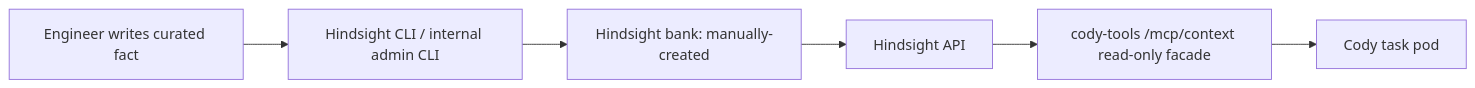
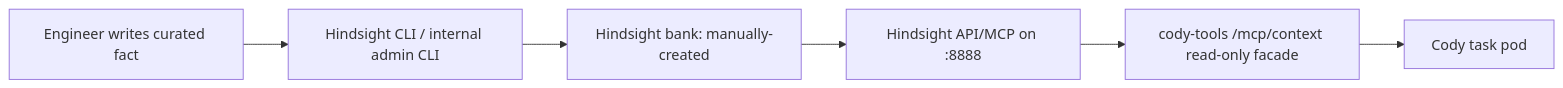
One commit to donchev7/kelos changed the first of 2 diagrams in specs/2026-05-21-13-38-cody-phase1-readonly-context-store-implementation.md. Above: the diagram before and after it, drawn with Mermaid. The commit also changed other lines of this file, not shown here.

Commit message:
docs: validate cody hindsight context plan

````diff
--- a/specs/2026-05-21-13-38-cody-phase1-readonly-context-store-implementation.md
+++ b/specs/2026-05-21-13-38-cody-phase1-readonly-context-store-implementation.md
@@ -100,8 +107,8 @@
 ```mermaid
 flowchart LR
   Human["Engineer writes curated fact"] --> CLI["Hindsight CLI / internal admin CLI"]
   CLI --> Bank["Hindsight bank: manually-created"]
-  Bank --> Hindsight["Hindsight API"]
+  Bank --> Hindsight["Hindsight API/MCP on :8888"]
   Hindsight --> MCP["cody-tools /mcp/context read-only facade"]
   MCP --> Cody["Cody task pod"]
 ```
````
